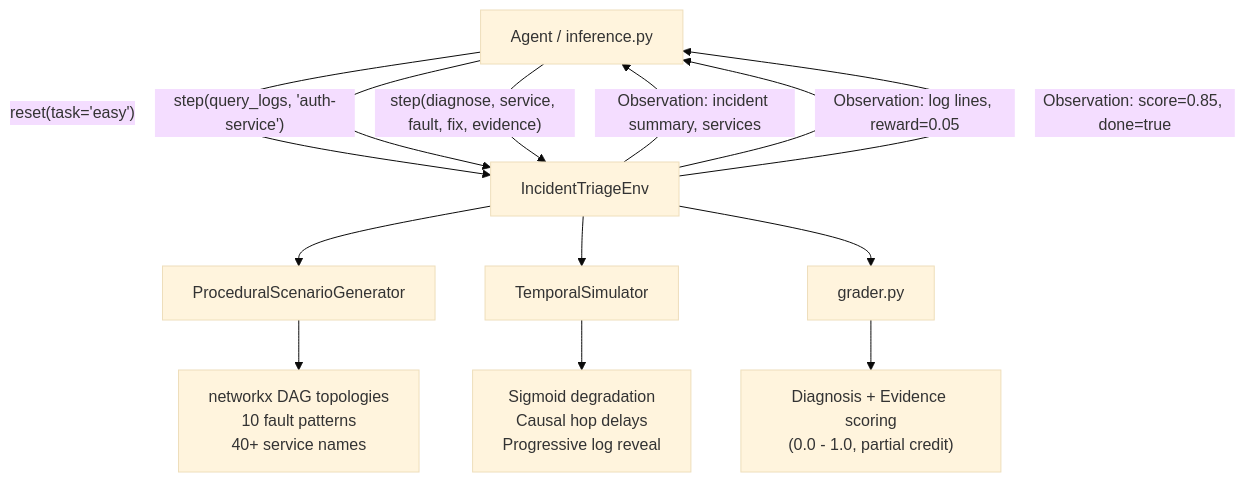
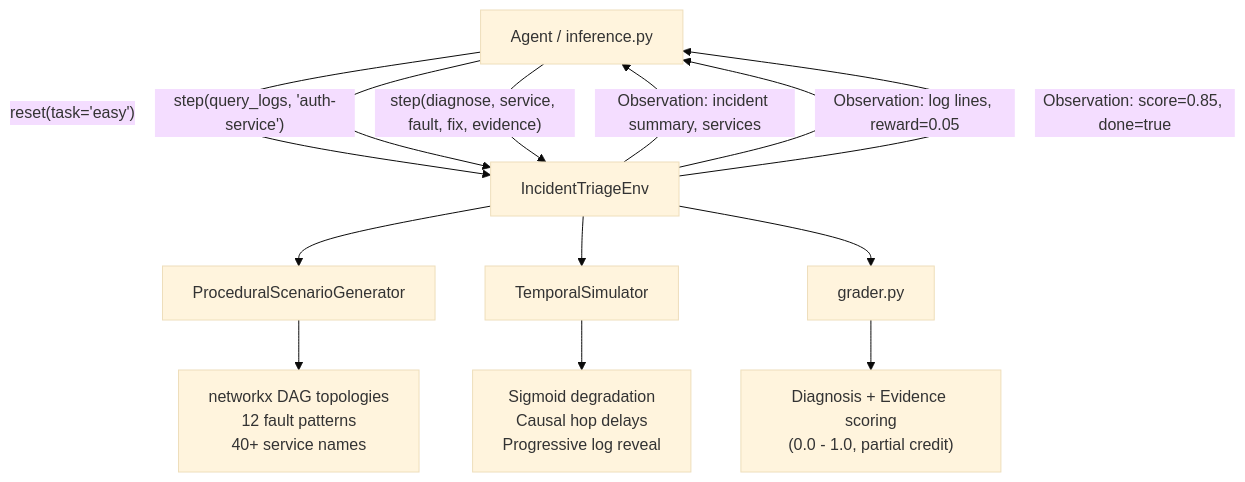
One commit to wildcraft958/incident_triage_env changed the first of 4 diagrams in README.md. Above: the diagram before and after it, drawn with Mermaid (base theme). The commit also changed other lines of this file and 2 other files, not shown here.

````diff
--- a/README.md
+++ b/README.md
@@ -34,16 +36,16 @@
 ```mermaid
 graph TB
     A[Agent / inference.py] -->|"reset(task='easy')"| B[IncidentTriageEnv]
     B -->|Observation: incident summary, services| A
     A -->|"step(query_logs, 'auth-service')"| B
     B -->|"Observation: log lines, reward=0.05"| A
     A -->|"step(diagnose, service, fault, fix, evidence)"| B
     B -->|"Observation: score=0.85, done=true"| A
 
     B --> C[ProceduralScenarioGenerator]
     B --> D[TemporalSimulator]
     B --> E[grader.py]
-    C --> F["networkx DAG topologies\n10 fault patterns\n40+ service names"]
+    C --> F["networkx DAG topologies\n12 fault patterns\n40+ service names"]
     D --> G["Sigmoid degradation\nCausal hop delays\nProgressive log reveal"]
     E --> H["Diagnosis + Evidence scoring\n(0.0 - 1.0, partial credit)"]
 ```
````
